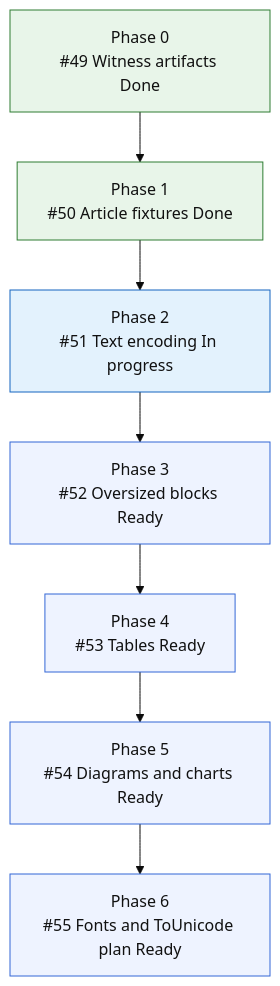
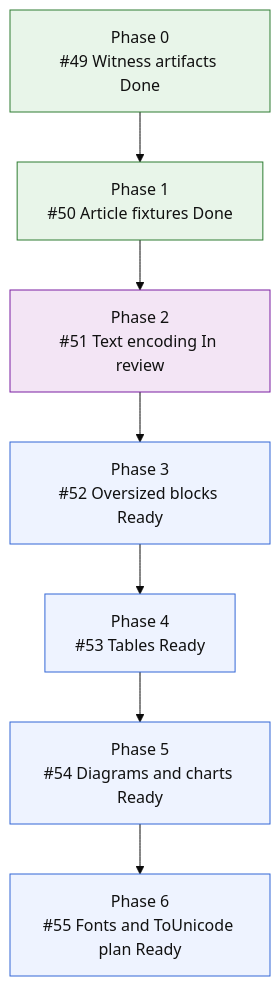
Before and after one commit to mihaelamj/MarkdownPDF: the second of 2 diagrams in README.md, drawn with Mermaid (base theme).

Commit message:
docs(roadmap): move text encoding to review

````diff
--- a/README.md
+++ b/README.md
@@ -212,21 +212,21 @@
 ```mermaid
 flowchart TD
     F0["Phase 0<br/>#49 Witness artifacts Done"]
     F1["Phase 1<br/>#50 Article fixtures Done"]
-    F2["Phase 2<br/>#51 Text encoding In progress"]
+    F2["Phase 2<br/>#51 Text encoding In review"]
     F3["Phase 3<br/>#52 Oversized blocks Ready"]
     F4["Phase 4<br/>#53 Tables Ready"]
     F5["Phase 5<br/>#54 Diagrams and charts Ready"]
     F6["Phase 6<br/>#55 Fonts and ToUnicode plan Ready"]
 
     F0 --> F1 --> F2 --> F3 --> F4 --> F5 --> F6
 
     classDef done fill:#e8f5e9,stroke:#2e7d32,color:#111;
     classDef active fill:#e3f2fd,stroke:#1565c0,color:#111;
     classDef review fill:#f3e5f5,stroke:#7b1fa2,color:#111;
     classDef next fill:#fff8e1,stroke:#f9a825,color:#111;
     classDef todo fill:#eef3ff,stroke:#3367d6,color:#111;
     class F0,F1 done;
-    class F2 active;
+    class F2 review;
     class F3,F4,F5,F6 todo;
 ```
````
